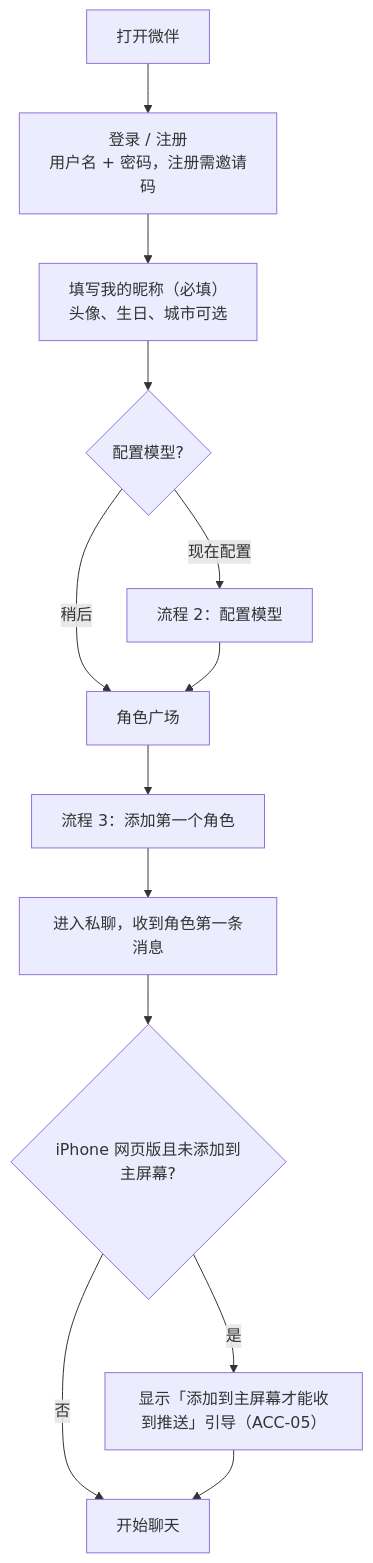
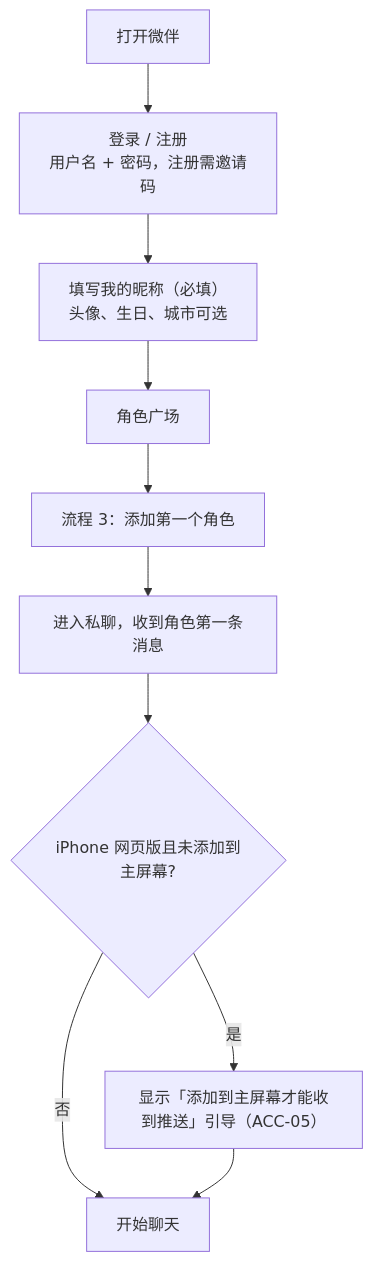
One commit to yottermanzione-ship-it/weiban changed the diagram in docs/product/user-flows.md. Above: the diagram before and after it, drawn with Mermaid. The commit also changed other lines of this file and 20 other files, not shown here.

````diff
--- a/docs/product/user-flows.md
+++ b/docs/product/user-flows.md
@@ -25,15 +25,12 @@
 ```mermaid
 flowchart TD
   A[打开微伴] --> B[登录 / 注册<br/>用户名 + 密码，注册需邀请码]
   B --> C[填写我的昵称（必填）<br/>头像、生日、城市可选]
-  C --> D{配置模型?}
-  D -- 现在配置 --> E[流程 2：配置模型]
-  D -- 稍后 --> F[角色广场]
-  E --> F
+  C --> F[角色广场]
   F --> G[流程 3：添加第一个角色]
   G --> H[进入私聊，收到角色第一条消息]
   H --> I{iPhone 网页版且未添加到主屏幕?}
   I -- 是 --> J[显示「添加到主屏幕才能收到推送」引导（ACC-05）]
   I -- 否 --> K[开始聊天]
   J --> K
 ```
````
